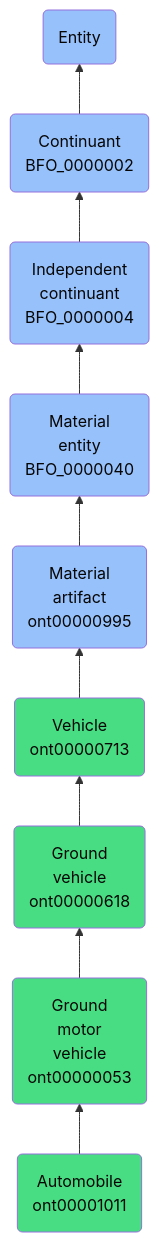
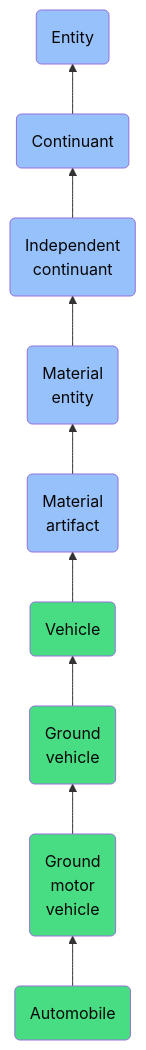
The diagram in docs/ontology/reference/model/Entity/Continuant/Independent continuant/Material entity/Material artifact/Vehicle/Ground vehicle/Ground motor vehicle/Automobile/Automobile.md (jupyter-naas/abi), drawn with Mermaid before and after one commit. The commit also changed other lines of this file and 1430 other files, not shown here.

````diff
--- a/docs/ontology/reference/model/Entity/Continuant/Independent continuant/Material entity/Material artifact/Vehicle/Ground vehicle/Ground motor vehicle/Automobile/Automobile.md
+++ b/docs/ontology/reference/model/Entity/Continuant/Independent continuant/Material entity/Material artifact/Vehicle/Ground vehicle/Ground motor vehicle/Automobile/Automobile.md
@@ -24,16 +24,16 @@
 ```mermaid
 graph BT
-    ont00001011(Automobile<br>ont00001011):::ABI-->ont00000053
-    ont00000053(Ground<br>motor<br>vehicle<br>ont00000053):::ABI-->ont00000618
-    ont00000618(Ground<br>vehicle<br>ont00000618):::ABI-->ont00000713
-    ont00000713(Vehicle<br>ont00000713):::ABI-->ont00000995
-    ont00000995(Material<br>artifact<br>ont00000995):::BFO-->BFO_0000040
-    BFO_0000040(Material<br>entity<br>BFO_0000040):::BFO-->BFO_0000004
-    BFO_0000004(Independent<br>continuant<br>BFO_0000004):::BFO-->BFO_0000002
-    BFO_0000002(Continuant<br>BFO_0000002):::BFO-->BFO_0000001
+    ont00001011(Automobile):::ABI-->ont00000053
+    ont00000053(Ground<br>motor<br>vehicle):::ABI-->ont00000618
+    ont00000618(Ground<br>vehicle):::ABI-->ont00000713
+    ont00000713(Vehicle):::ABI-->ont00000995
+    ont00000995(Material<br>artifact):::BFO-->BFO_0000040
+    BFO_0000040(Material<br>entity):::BFO-->BFO_0000004
+    BFO_0000004(Independent<br>continuant):::BFO-->BFO_0000002
+    BFO_0000002(Continuant):::BFO-->BFO_0000001
     BFO_0000001(Entity):::BFO
     
     classDef BFO fill:#97c1fb,color:#060606
     classDef CCO fill:#e4c51e,color:#060606
     classDef ABI fill:#48DD82,color:#060606
 ```
````
